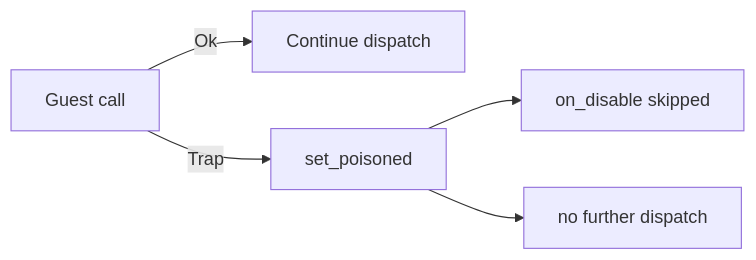
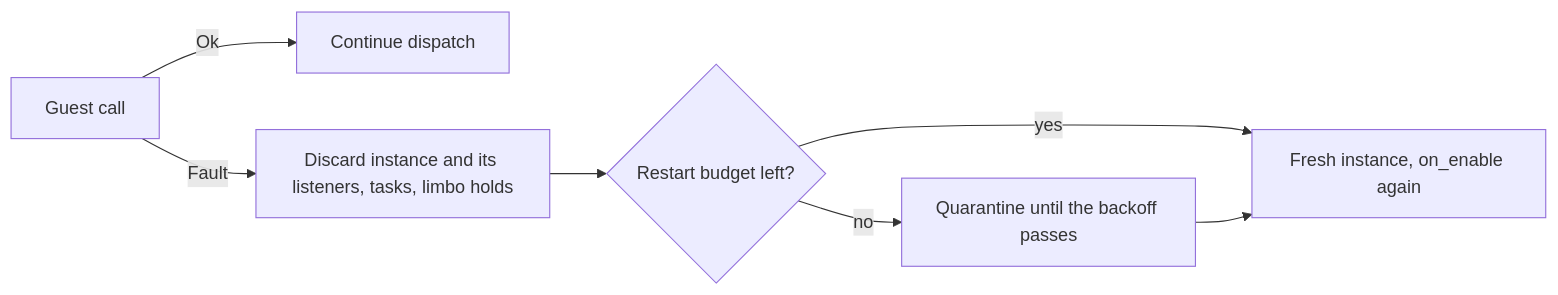
Before and after one commit to Shadowner/Infrarust: the second of 2 diagrams in docs/v2/plugins/wasm/lifecycle.md, drawn with Mermaid. The commit also changed other lines of this file and 33 other files, not shown here.

````diff
--- a/docs/v2/plugins/wasm/lifecycle.md
+++ b/docs/v2/plugins/wasm/lifecycle.md
@@ -224,7 +232,9 @@
 ```mermaid
 flowchart LR
     A[Guest call] -->|Ok| B[Continue dispatch]
-    A -->|Trap| C[set_poisoned]
-    C --> D[on_disable skipped]
-    C --> E[no further dispatch]
+    A -->|Fault| C[Discard instance and its listeners, tasks, limbo holds]
+    C --> D{Restart budget left?}
+    D -->|yes| E[Fresh instance, on_enable again]
+    D -->|no| F[Quarantine until the backoff passes]
+    F --> E
 ```
````
